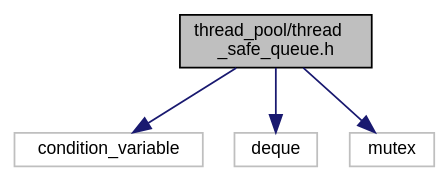
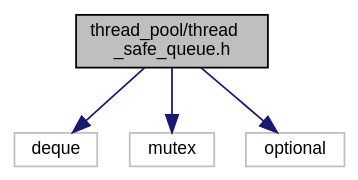
Before and after one commit to DeveloperPaul123/thread-pool: the diagram in d4/dbf/thread__safe__queue_8h__incl.dot, drawn with Graphviz. The commit also changed 49 other files, not shown here.

```diff
--- a/d4/dbf/thread__safe__queue_8h__incl.dot
+++ b/d4/dbf/thread__safe__queue_8h__incl.dot
@@ -1,14 +1,14 @@
 digraph "thread_pool/thread_safe_queue.h"
 {
  // LATEX_PDF_SIZE
   bgcolor="transparent";
   edge [fontname="Helvetica",fontsize="10",labelfontname="Helvetica",labelfontsize="10"];
   node [fontname="Helvetica",fontsize="10",shape=record];
   Node1 [label="thread_pool/thread\l_safe_queue.h",height=0.2,width=0.4,color="black", fillcolor="grey75", style="filled", fontcolor="black",tooltip=" "];
   Node1 -> Node2 [color="midnightblue",fontsize="10",style="solid",fontname="Helvetica"];
-  Node2 [label="condition_variable",height=0.2,width=0.4,color="grey75",tooltip=" "];
+  Node2 [label="deque",height=0.2,width=0.4,color="grey75",tooltip=" "];
   Node1 -> Node3 [color="midnightblue",fontsize="10",style="solid",fontname="Helvetica"];
-  Node3 [label="deque",height=0.2,width=0.4,color="grey75",tooltip=" "];
+  Node3 [label="mutex",height=0.2,width=0.4,color="grey75",tooltip=" "];
   Node1 -> Node4 [color="midnightblue",fontsize="10",style="solid",fontname="Helvetica"];
-  Node4 [label="mutex",height=0.2,width=0.4,color="grey75",tooltip=" "];
+  Node4 [label="optional",height=0.2,width=0.4,color="grey75",tooltip=" "];
 }
```
